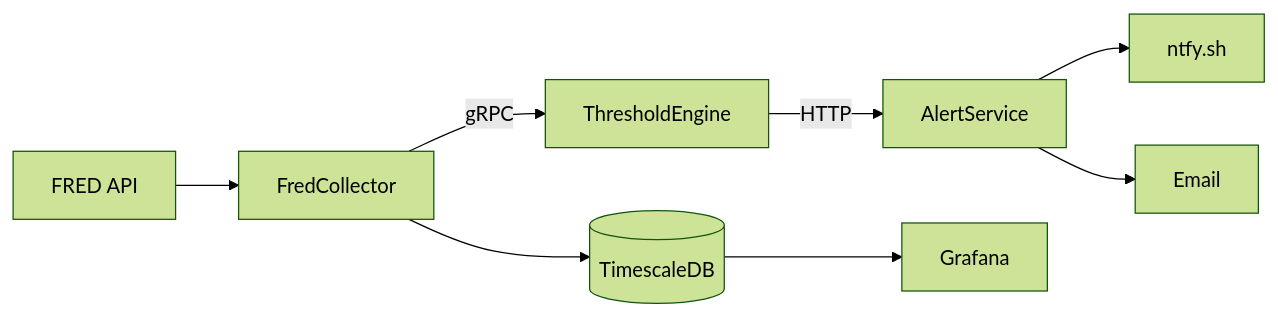
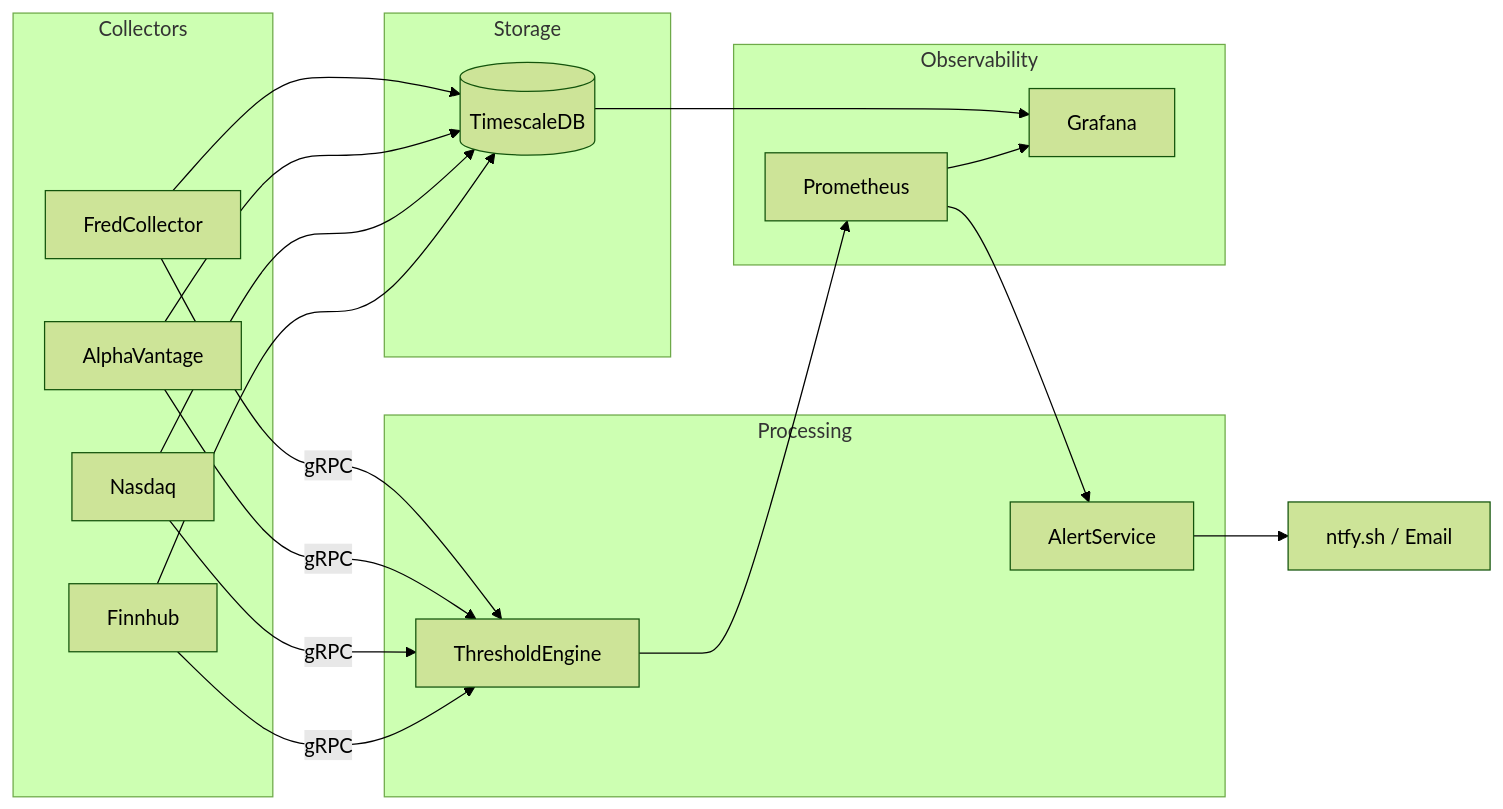
One commit to jpansarasa/ATLAS-Docs changed the diagram in docs/EXECUTIVE-SUMMARY.md. Above: the diagram before and after it, drawn with Mermaid (forest theme). The commit also changed other lines of this file and 2 other files, not shown here.

````diff
--- a/docs/EXECUTIVE-SUMMARY.md
+++ b/docs/EXECUTIVE-SUMMARY.md
@@ -12,10 +12,30 @@
 ```mermaid
 flowchart LR
-    FRED[FRED API] --> FC[FredCollector]
-    FC --> DB[(TimescaleDB)]
-    FC -->|gRPC| TE[ThresholdEngine]
-    TE -->|HTTP| AS[AlertService]
-    AS --> N[ntfy.sh]
-    AS --> E[Email]
-    DB --> G[Grafana]
+    subgraph Collectors
+        FC[FredCollector]
+        AV[AlphaVantage]
+        NC[Nasdaq]
+        FH[Finnhub]
+    end
+
+    subgraph Processing
+        TE[ThresholdEngine]
+        AS[AlertService]
+    end
+
+    subgraph Storage
+        DB[(TimescaleDB)]
+    end
+
+    subgraph Observability
+        P[Prometheus]
+        G[Grafana]
+    end
+
+    FC & AV & NC & FH -->|gRPC| TE
+    FC & AV & NC & FH --> DB
+    TE --> P
+    P --> AS
+    AS --> N[ntfy.sh / Email]
+    DB & P --> G
 ```
````
